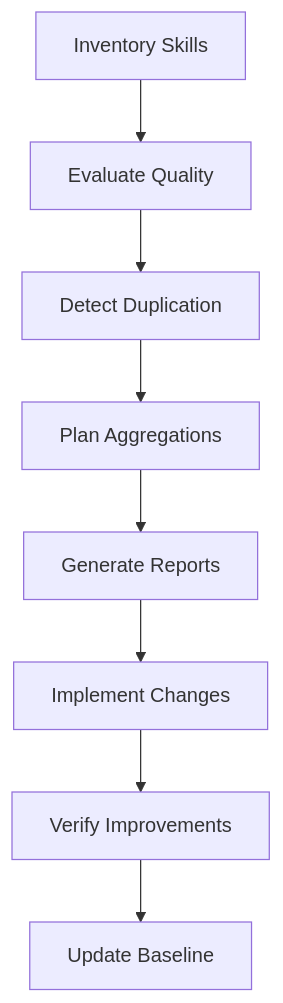
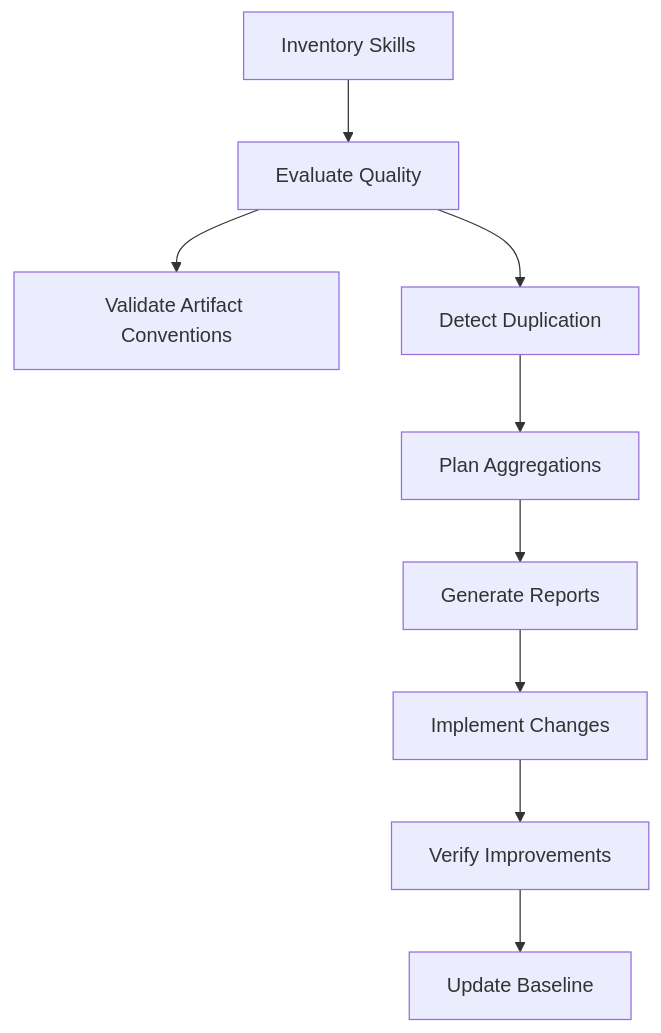
One commit to pantheon-org/tekhne changed the diagram in skills/skill-quality-auditor/SKILL.md. Above: the diagram before and after it, drawn with Mermaid. The commit also changed other lines of this file and 5 other files, not shown here.

````diff
--- a/skills/skill-quality-auditor/SKILL.md
+++ b/skills/skill-quality-auditor/SKILL.md
@@ -76,10 +76,11 @@
 ```mermaid
 graph TD
     A[Inventory Skills] --> B[Evaluate Quality]
+    B --> B1[Validate Artifact Conventions]
     B --> C[Detect Duplication]
     C --> D[Plan Aggregations]
     D --> E[Generate Reports]
     E --> F[Implement Changes]
     F --> G[Verify Improvements]
     G --> H[Update Baseline]
 ```
````
